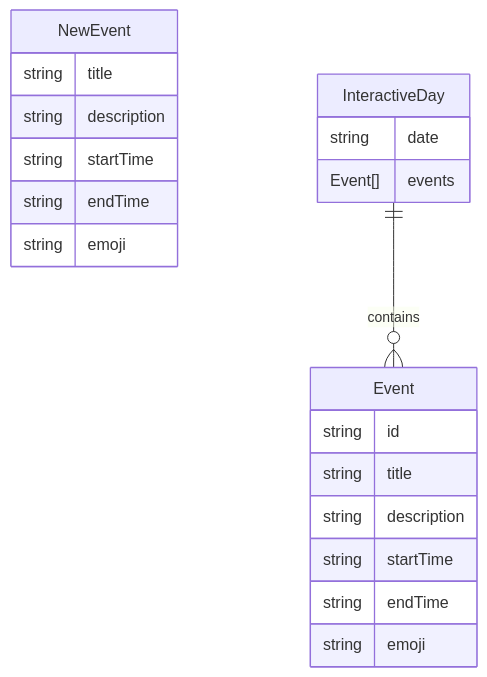
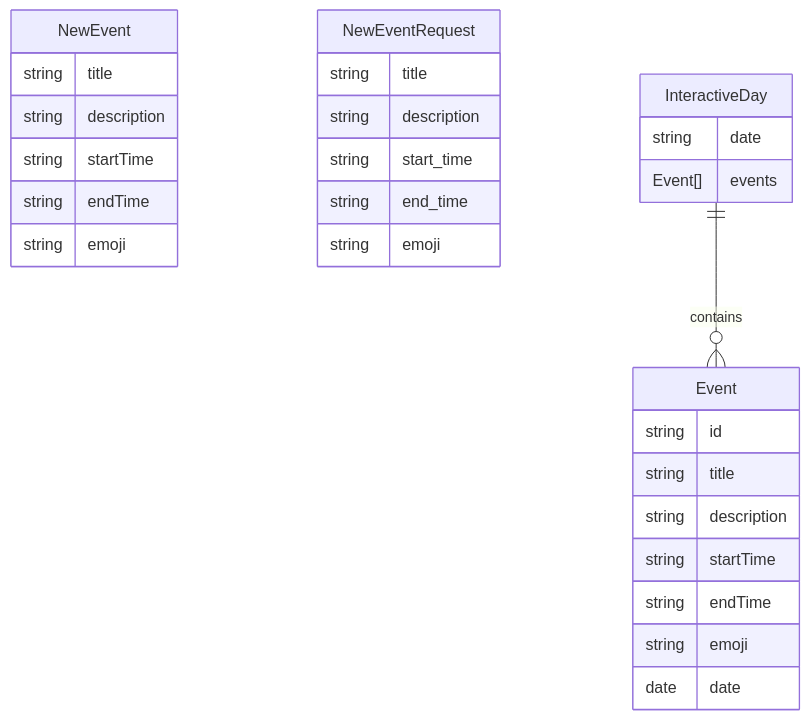
The third of 3 diagrams in README.md (smoothdev35/print-calendar-2025), drawn with Mermaid before and after one commit. The commit also changed other lines of this file and 11 other files, not shown here.

````diff
--- a/README.md
+++ b/README.md
@@ -136,26 +142,35 @@
 ```mermaid
 erDiagram
     Event {
         string id
         string title
         string description
         string startTime
         string endTime
         string emoji
+        date date
     }
 
     NewEvent {
         string title
         string description
         string startTime
         string endTime
         string emoji
     }
 
+    NewEventRequest {
+        string title
+        string description
+        string start_time
+        string end_time
+        string emoji
+    }
+
     InteractiveDay {
         string date
         Event[] events
     }
 
     InteractiveDay ||--o{ Event : contains
 ```
````
